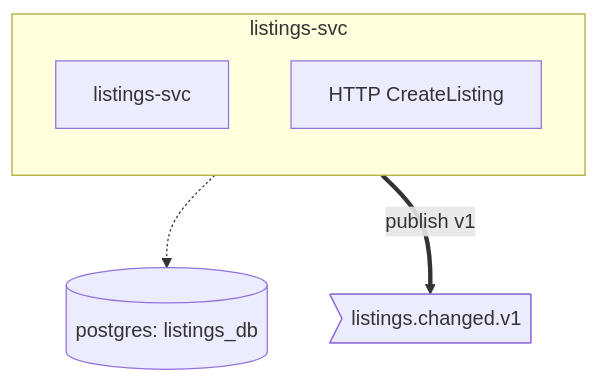
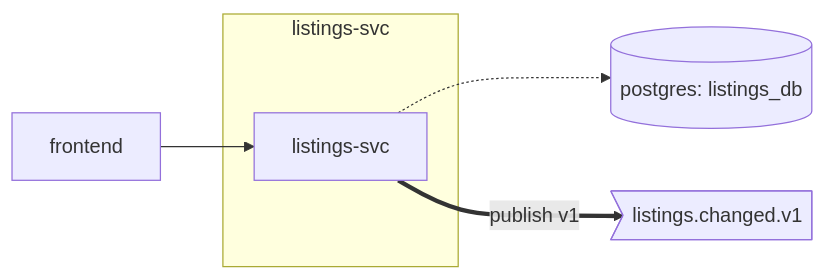
Before and after one commit to krus210/archspec: the diagram in examples/go-microservice-fixture/docs/diagrams/container.mmd, drawn with Mermaid. The commit also changed 18 other files, not shown here.

First line of the commit message:
feat: v0.4.0 — upstream consumer auto-discovery, fixed container diagram (#9)

```diff
--- a/examples/go-microservice-fixture/docs/diagrams/container.mmd
+++ b/examples/go-microservice-fixture/docs/diagrams/container.mmd
@@ -1,9 +1,8 @@
 %% archspec container diagram for listings-svc
-flowchart TB
+flowchart LR
   subgraph svc_box["listings-svc"]
-    direction TB
     svc[listings-svc]
-    ep_createlisting[HTTP CreateListing]
   end
+  up_frontend[frontend] --> svc
   svc -.-> store_listings-db[("postgres: listings_db")]
   svc ==>|publish v1| pub_listings-changed-v1>listings.changed.v1]
```
